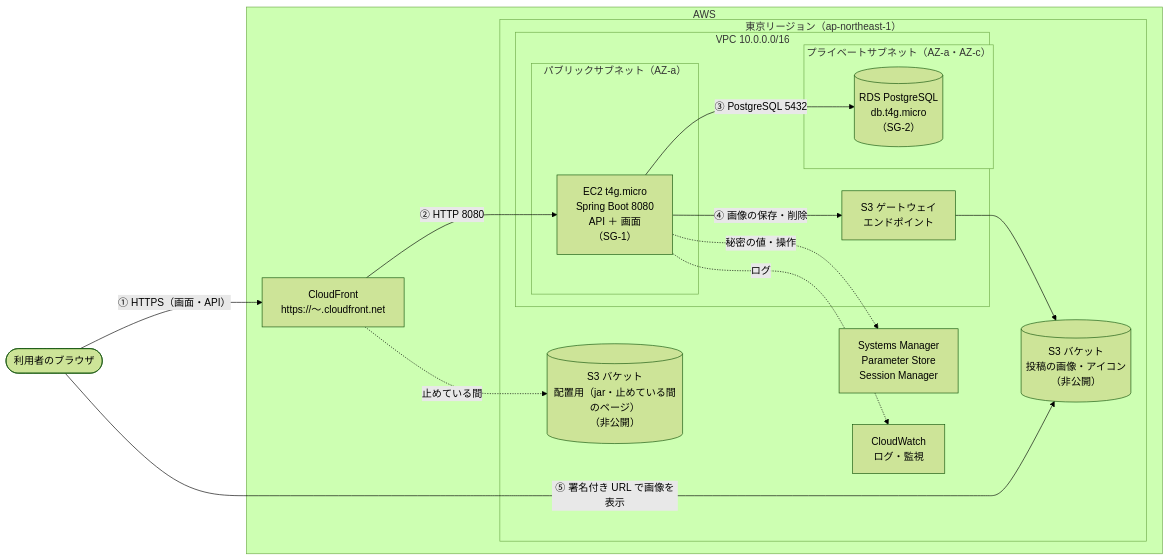
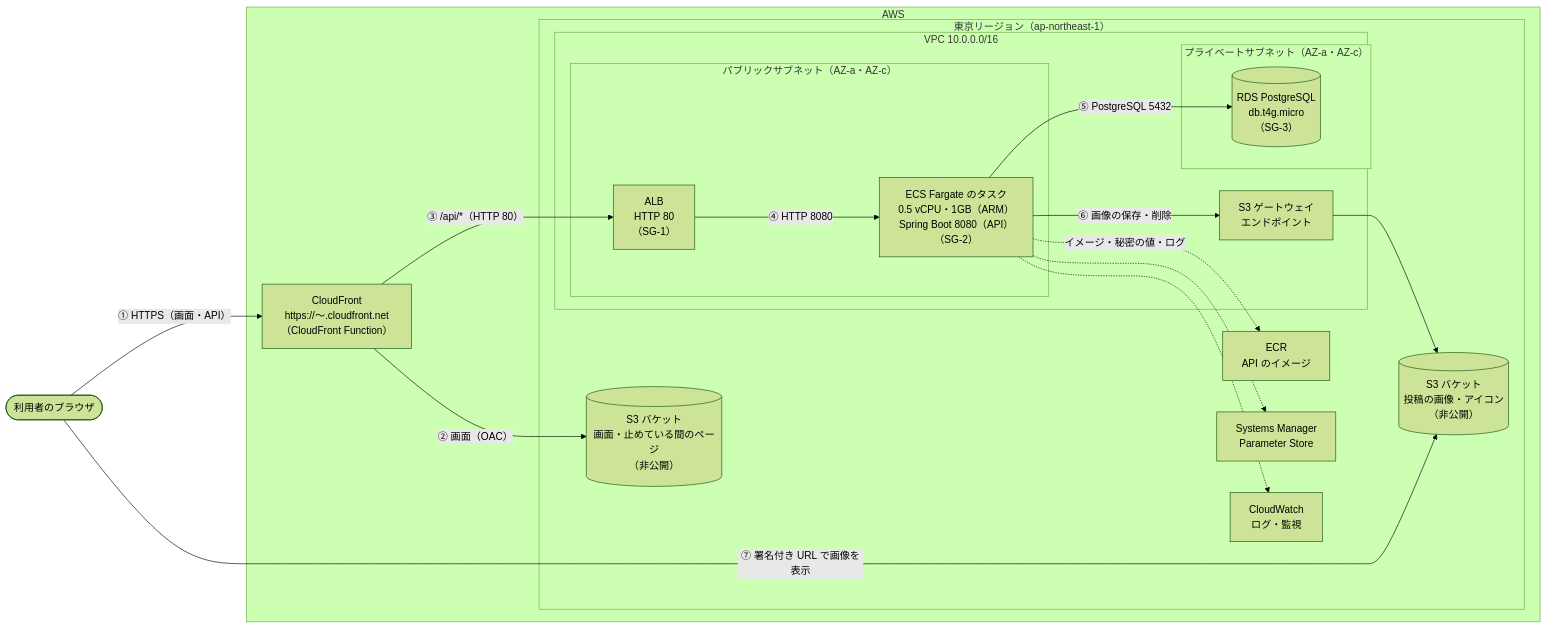
Before and after one commit to y0408e0301-star/raise-timeline: the first of 2 diagrams in docs/design/infra-design.md, drawn with Mermaid (forest theme). The commit also changed other lines of this file and 30 other files, not shown here.

First line of the commit message:
公開環境の Terraform（S3＋CloudFront・ALB・ECS Fargate・RDS）と API のイメージを作る（3-2b） (#71)

````diff
--- a/docs/design/infra-design.md
+++ b/docs/design/infra-design.md
@@ -47,32 +50,36 @@
 ```mermaid
 flowchart LR
     user(["利用者のブラウザ"])
 
     subgraph aws["AWS"]
-        cf["CloudFront<br>https://〜.cloudfront.net"]
+        cf["CloudFront<br>https://〜.cloudfront.net<br>（CloudFront Function）"]
         subgraph tokyo["東京リージョン（ap-northeast-1）"]
             subgraph vpc["VPC 10.0.0.0/16"]
-                subgraph pub["パブリックサブネット（AZ-a）"]
-                    ec2["EC2 t4g.micro<br>Spring Boot 8080<br>API ＋ 画面<br>（SG-1）"]
+                subgraph pub["パブリックサブネット（AZ-a・AZ-c）"]
+                    alb["ALB<br>HTTP 80<br>（SG-1）"]
+                    task["ECS Fargate のタスク<br>0.5 vCPU・1GB（ARM）<br>Spring Boot 8080（API）<br>（SG-2）"]
                 end
                 subgraph pri["プライベートサブネット（AZ-a・AZ-c）"]
-                    rds[("RDS PostgreSQL<br>db.t4g.micro<br>（SG-2）")]
+                    rds[("RDS PostgreSQL<br>db.t4g.micro<br>（SG-3）")]
                 end
                 s3ep["S3 ゲートウェイ<br>エンドポイント"]
             end
+            web[("S3 バケット<br>画面・止めている間のページ<br>（非公開）")]
             s3[("S3 バケット<br>投稿の画像・アイコン<br>（非公開）")]
-            deploy[("S3 バケット<br>配置用（jar・止めている間のページ）<br>（非公開）")]
-            ssm["Systems Manager<br>Parameter Store<br>Session Manager"]
+            ecr["ECR<br>API のイメージ"]
+            ssm["Systems Manager<br>Parameter Store"]
             cw["CloudWatch<br>ログ・監視"]
         end
     end
 
     user -- "① HTTPS（画面・API）" --> cf
-    cf -- "② HTTP 8080" --> ec2
-    cf -. "止めている間" .-> deploy
-    ec2 -- "③ PostgreSQL 5432" --> rds
-    ec2 -- "④ 画像の保存・削除" --> s3ep --> s3
-    user -- "⑤ 署名付き URL で画像を表示" --> s3
-    ec2 -. "秘密の値・操作" .-> ssm
-    ec2 -. "ログ" .-> cw
+    cf -- "② 画面（OAC）" --> web
+    cf -- "③ /api/*（HTTP 80）" --> alb
+    alb -- "④ HTTP 8080" --> task
+    task -- "⑤ PostgreSQL 5432" --> rds
+    task -- "⑥ 画像の保存・削除" --> s3ep --> s3
+    user -- "⑦ 署名付き URL で画像を表示" --> s3
+    task -. "イメージ・秘密の値・ログ" .-> ecr
+    task -.-> ssm
+    task -.-> cw
 ```
````
